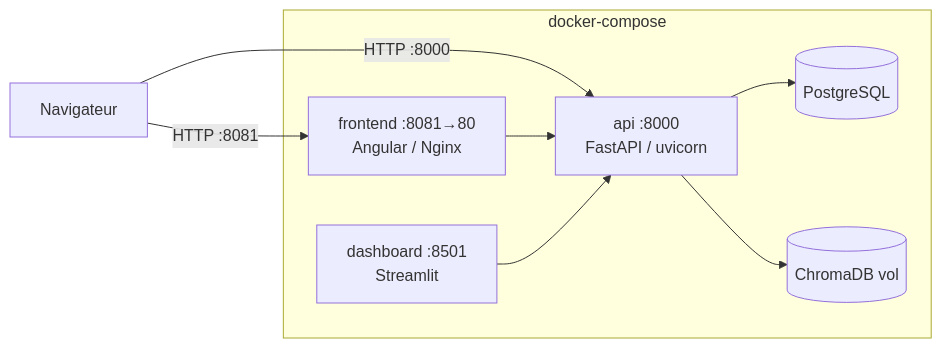
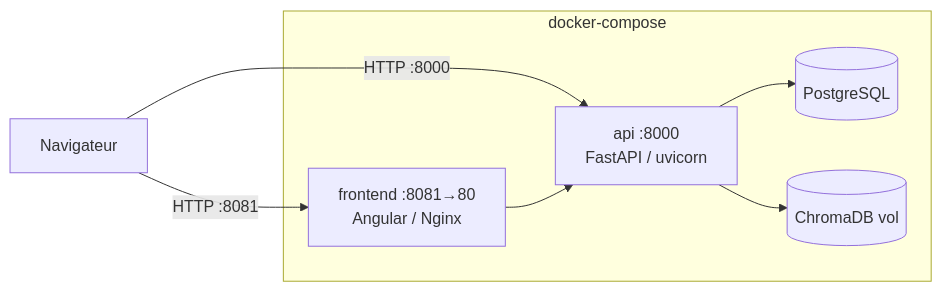
The diagram in helpdesk-ai/DEPLOYMENT.md (Touka-Amine/helpdesk-ai), drawn with Mermaid before and after one commit. The commit also changed other lines of this file and 3 other files, not shown here.

````diff
--- a/helpdesk-ai/DEPLOYMENT.md
+++ b/helpdesk-ai/DEPLOYMENT.md
@@ -10,17 +10,15 @@
 ```mermaid
 flowchart LR
   subgraph docker-compose
     front["frontend :8081→80\nAngular / Nginx"]
     api["api :8000\nFastAPI / uvicorn"]
-    dash["dashboard :8501\nStreamlit"]
     pg[(PostgreSQL)]
     chroma[(ChromaDB vol)]
   end
 
   Navigateur -->|HTTP :8081| front
   Navigateur -->|HTTP :8000| api
   front --> api
-  dash --> api
   api --> pg
   api --> chroma
 ```
````
